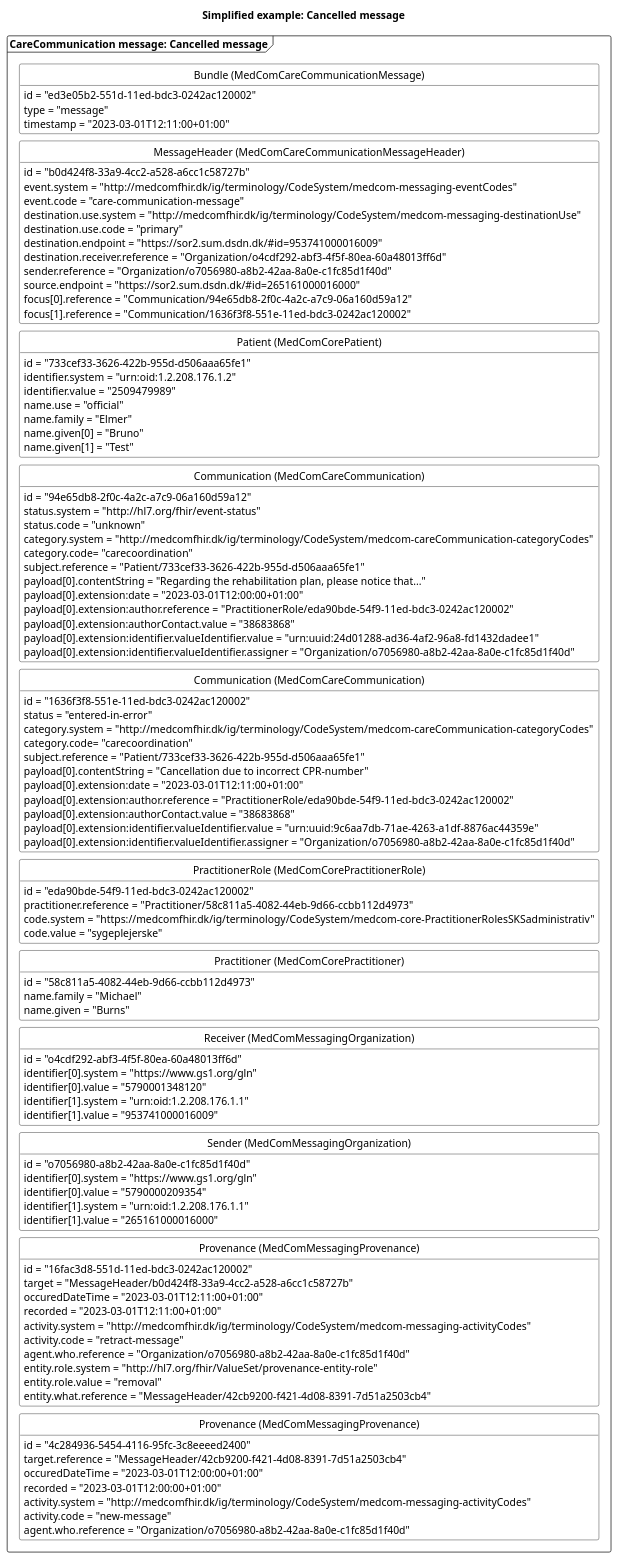
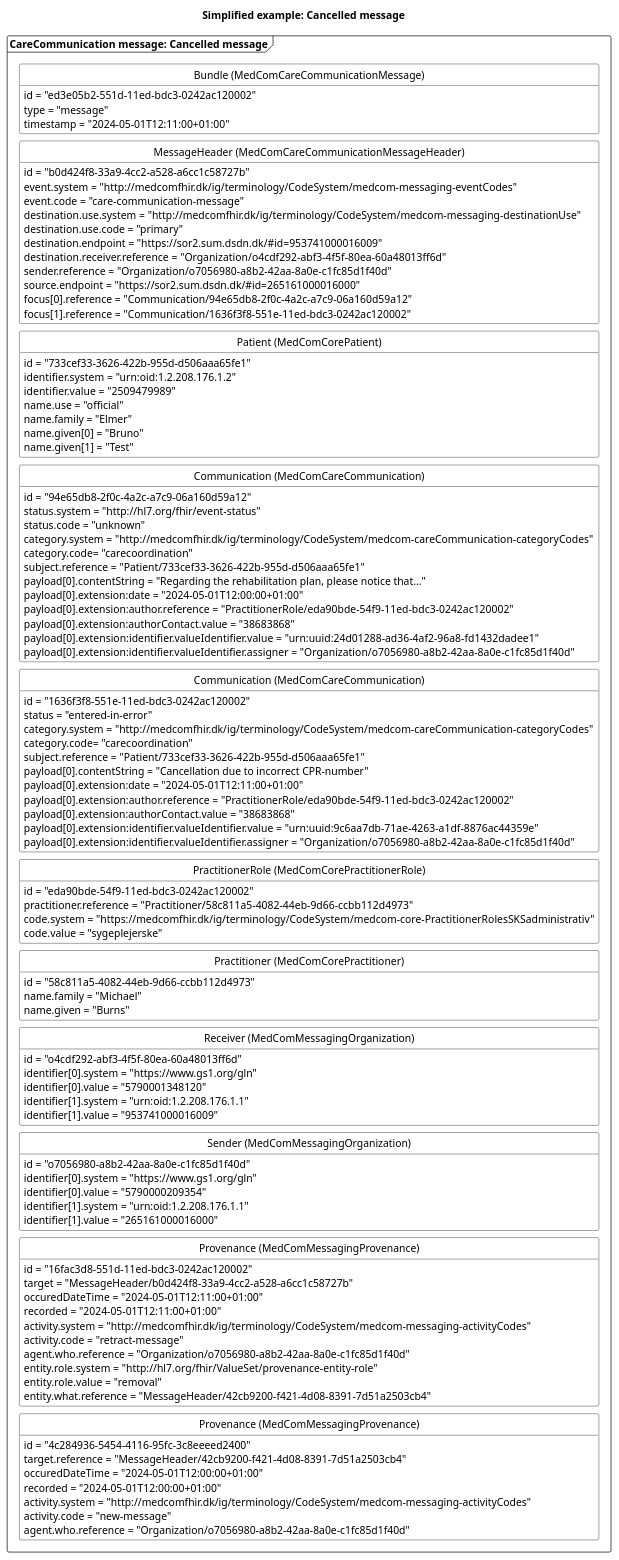
The diagram in puml/CareCommunicationNewMessageCancelled.puml (medcomdk/dk-medcom-carecommunication), drawn with PlantUML before and after one commit. The commit also changed 20 other files, not shown here.

```diff
--- a/puml/CareCommunicationNewMessageCancelled.puml
+++ b/puml/CareCommunicationNewMessageCancelled.puml
@@ -1,133 +1,133 @@
 @startuml CCcancelMessage
 
 'layout
 skinparam class {
     BackgroundColor White
     BorderColor Black
     ArrowColor Black
   }
 hide circle
 hide empty members
 skinparam SameClassWidth true
 skinparam Ranksep 10
 
 
 'title
 title Simplified example: Cancelled message
 
 'Message 1: error message
 package "CareCommunication message: Cancelled message" as error <<Frame>>{
     class "Bundle (MedComCareCommunicationMessage)" as errorB {
         id = "ed3e05b2-551d-11ed-bdc3-0242ac120002"
         type = "message"
-        timestamp = "2023-03-01T12:11:00+01:00"
+        timestamp = "2024-05-01T12:11:00+01:00"
     }
     class "MessageHeader (MedComCareCommunicationMessageHeader)" as errorMH{
         id = "b0d424f8-33a9-4cc2-a528-a6cc1c58727b"
         event.system = "http://medcomfhir.dk/ig/terminology/CodeSystem/medcom-messaging-eventCodes"
         event.code = "care-communication-message"
         destination.use.system = "http://medcomfhir.dk/ig/terminology/CodeSystem/medcom-messaging-destinationUse"
         destination.use.code = "primary"
         destination.endpoint = "https://sor2.sum.dsdn.dk/#id=953741000016009"
         destination.receiver.reference = "Organization/o4cdf292-abf3-4f5f-80ea-60a48013ff6d"
         sender.reference = "Organization/o7056980-a8b2-42aa-8a0e-c1fc85d1f40d"
         source.endpoint = "https://sor2.sum.dsdn.dk/#id=265161000016000"
         focus[0].reference = "Communication/94e65db8-2f0c-4a2c-a7c9-06a160d59a12"
         focus[1].reference = "Communication/1636f3f8-551e-11ed-bdc3-0242ac120002"
     }
     class "Patient (MedComCorePatient)" as errorPT{
         id = "733cef33-3626-422b-955d-d506aaa65fe1"
         identifier.system = "urn:oid:1.2.208.176.1.2"
         identifier.value = "2509479989"
         name.use = "official"
         name.family = "Elmer"
         name.given[0] = "Bruno"
         name.given[1] = "Test"
     }
     class "Communication (MedComCareCommunication)" as newCom{
         id = "94e65db8-2f0c-4a2c-a7c9-06a160d59a12"
         status.system = "http://hl7.org/fhir/event-status" 
         status.code = "unknown"
         category.system = "http://medcomfhir.dk/ig/terminology/CodeSystem/medcom-careCommunication-categoryCodes"
         category.code= "carecoordination"
         subject.reference = "Patient/733cef33-3626-422b-955d-d506aaa65fe1"
         payload[0].contentString = "Regarding the rehabilitation plan, please notice that..."
-        payload[0].extension:date = "2023-03-01T12:00:00+01:00"
+        payload[0].extension:date = "2024-05-01T12:00:00+01:00"
         payload[0].extension:author.reference = "PractitionerRole/eda90bde-54f9-11ed-bdc3-0242ac120002"
         payload[0].extension:authorContact.value = "38683868"
         payload[0].extension:identifier.valueIdentifier.value = "urn:uuid:24d01288-ad36-4af2-96a8-fd1432dadee1"
         payload[0].extension:identifier.valueIdentifier.assigner = "Organization/o7056980-a8b2-42aa-8a0e-c1fc85d1f40d"
     }
     class "Communication (MedComCareCommunication)" as errorCom{
         id = "1636f3f8-551e-11ed-bdc3-0242ac120002"
         status = "entered-in-error"
         category.system = "http://medcomfhir.dk/ig/terminology/CodeSystem/medcom-careCommunication-categoryCodes"
         category.code= "carecoordination"
         subject.reference = "Patient/733cef33-3626-422b-955d-d506aaa65fe1"
         payload[0].contentString = "Cancellation due to incorrect CPR-number"
-        payload[0].extension:date = "2023-03-01T12:11:00+01:00"
+        payload[0].extension:date = "2024-05-01T12:11:00+01:00"
         payload[0].extension:author.reference = "PractitionerRole/eda90bde-54f9-11ed-bdc3-0242ac120002"
         payload[0].extension:authorContact.value = "38683868"
         payload[0].extension:identifier.valueIdentifier.value = "urn:uuid:9c6aa7db-71ae-4263-a1df-8876ac44359e"
         payload[0].extension:identifier.valueIdentifier.assigner = "Organization/o7056980-a8b2-42aa-8a0e-c1fc85d1f40d"
     }
     class "PractitionerRole (MedComCorePractitionerRole)" as errorPracR{
         id = "eda90bde-54f9-11ed-bdc3-0242ac120002"
         practitioner.reference = "Practitioner/58c811a5-4082-44eb-9d66-ccbb112d4973"
         code.system = "https://medcomfhir.dk/ig/terminology/CodeSystem/medcom-core-PractitionerRolesSKSadministrativ"
         code.value = "sygeplejerske"
     }
     class "Practitioner (MedComCorePractitioner)" as errorPrac{
         id = "58c811a5-4082-44eb-9d66-ccbb112d4973"
         name.family = "Michael"
         name.given = "Burns"
     }
     class "Receiver (MedComMessagingOrganization)" as errorROrg{
         id = "o4cdf292-abf3-4f5f-80ea-60a48013ff6d"
         identifier[0].system = "https://www.gs1.org/gln"
         identifier[0].value = "5790001348120"
         identifier[1].system = "urn:oid:1.2.208.176.1.1"
         identifier[1].value = "953741000016009"
     }
     class "Sender (MedComMessagingOrganization)" as errorSOrg{
         id = "o7056980-a8b2-42aa-8a0e-c1fc85d1f40d"
         identifier[0].system = "https://www.gs1.org/gln"
         identifier[0].value = "5790000209354"
         identifier[1].system = "urn:oid:1.2.208.176.1.1"
         identifier[1].value = "265161000016000"
     }
     class "Provenance (MedComMessagingProvenance)" as errorPRO{
         id = "16fac3d8-551d-11ed-bdc3-0242ac120002"
         target = "MessageHeader/b0d424f8-33a9-4cc2-a528-a6cc1c58727b"
-        occuredDateTime = "2023-03-01T12:11:00+01:00"
-        recorded = "2023-03-01T12:11:00+01:00"
+        occuredDateTime = "2024-05-01T12:11:00+01:00"
+        recorded = "2024-05-01T12:11:00+01:00"
         activity.system = "http://medcomfhir.dk/ig/terminology/CodeSystem/medcom-messaging-activityCodes"
         activity.code = "retract-message"
         agent.who.reference = "Organization/o7056980-a8b2-42aa-8a0e-c1fc85d1f40d"
         entity.role.system = "http://hl7.org/fhir/ValueSet/provenance-entity-role"
         entity.role.value = "removal"
         entity.what.reference = "MessageHeader/42cb9200-f421-4d08-8391-7d51a2503cb4"
     }
     class "Provenance (MedComMessagingProvenance)" as newPRO{
         id = "4c284936-5454-4116-95fc-3c8eeeed2400"
         target.reference = "MessageHeader/42cb9200-f421-4d08-8391-7d51a2503cb4"
-        occuredDateTime = "2023-03-01T12:00:00+01:00"
-        recorded = "2023-03-01T12:00:00+01:00"
+        occuredDateTime = "2024-05-01T12:00:00+01:00"
+        recorded = "2024-05-01T12:00:00+01:00"
         activity.system = "http://medcomfhir.dk/ig/terminology/CodeSystem/medcom-messaging-activityCodes"
         activity.code = "new-message"
         agent.who.reference = "Organization/o7056980-a8b2-42aa-8a0e-c1fc85d1f40d"
     }
 
 errorB -[hidden]- errorMH
 errorMH -[hidden]-errorPT
 errorPT-[hidden]-newCom
 newCom -[hidden]-errorCom
 errorCom -[hidden]-errorPracR
 errorPracR-[hidden]-errorPrac
 errorPrac-[hidden]-errorROrg
 errorROrg-[hidden]- errorSOrg
 errorSOrg-[hidden]-errorPRO
 errorPRO-[hidden]-newPRO
 
 
 @enduml
```
